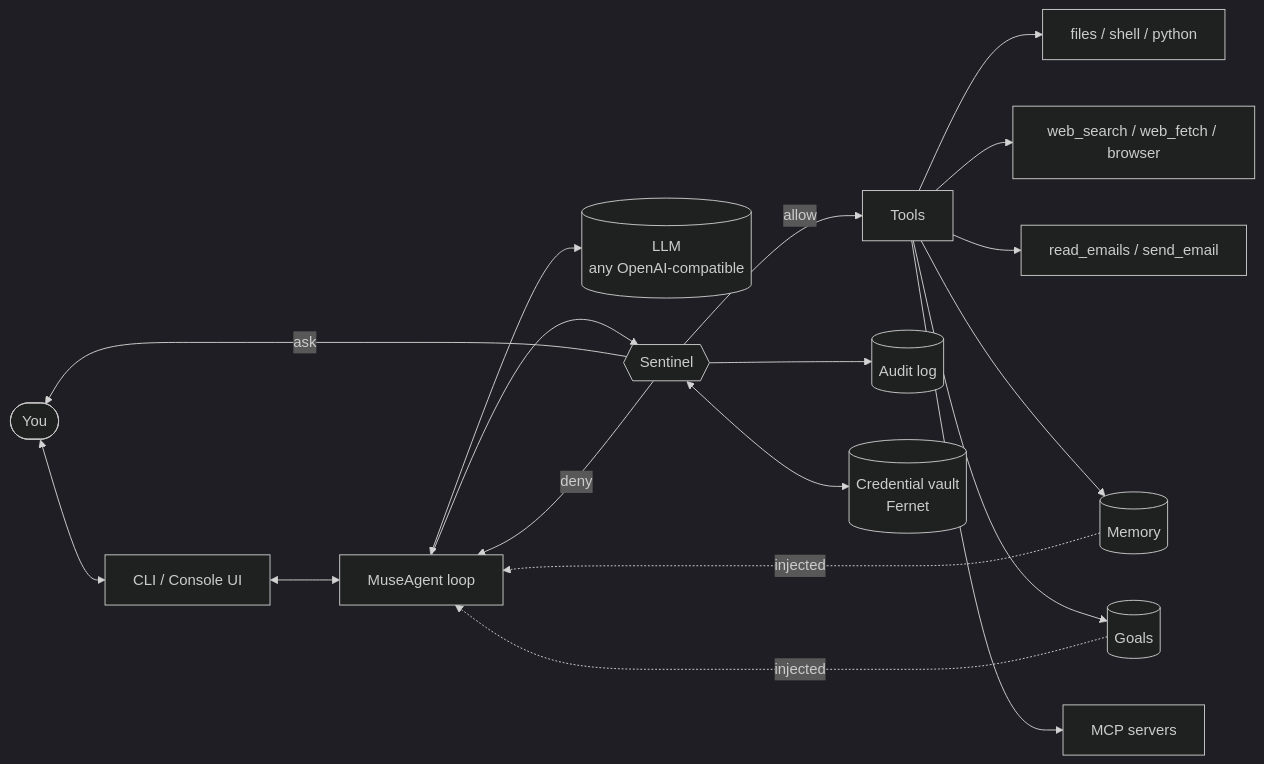
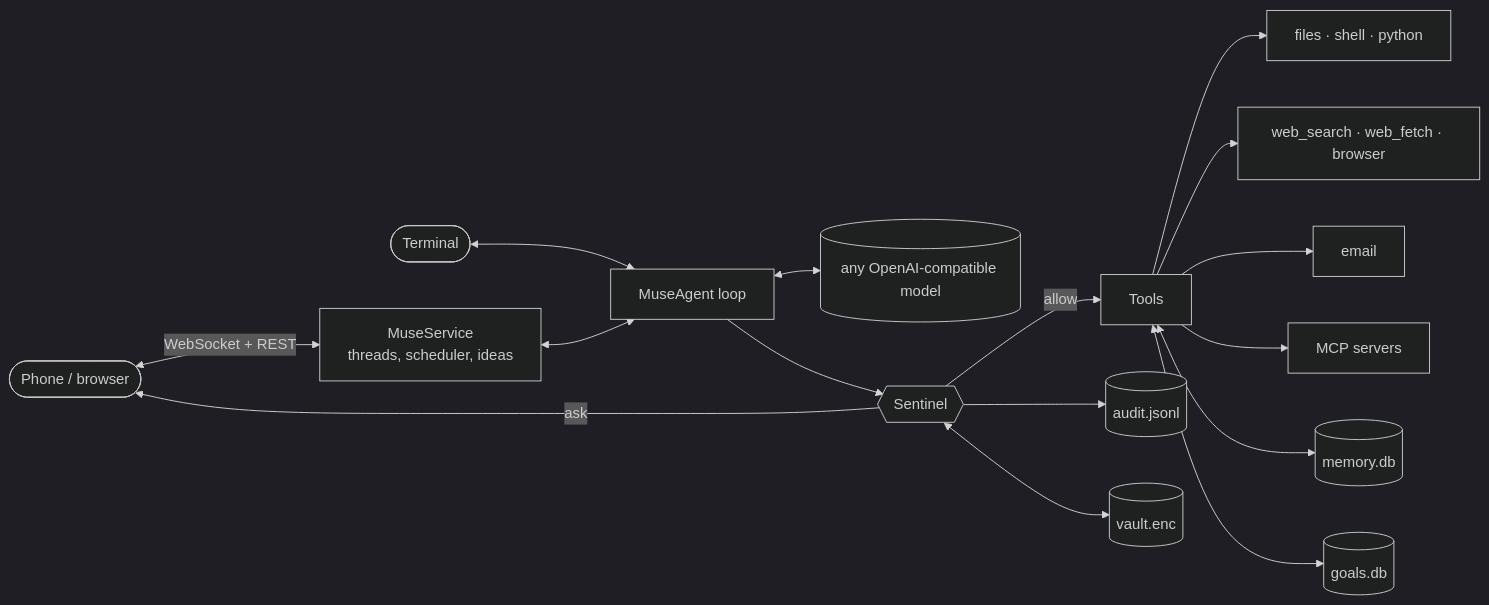
Before and after one commit to ArthurLemaire/CypherOS: the diagram in README.md, drawn with Mermaid (dark theme). The commit also changed other lines of this file and 24 other files, not shown here.

First line of the commit message:
docs: rewrite READMEs around the phone app with screenshots; add docs/ (configuration, sentinel, app & API, cli, architecture, deployment, troubleshooting)

````diff
--- a/README.md
+++ b/README.md
@@ -39,20 +161,18 @@
 ```mermaid
 flowchart LR
-    U([You]) <--> CLI[CLI / Console UI]
-    CLI <--> A[MuseAgent loop]
-    A <--> LLM[(LLM<br/>any OpenAI-compatible)]
-    A --> S{{Sentinel}}
-    S -- allow --> T[Tools]
-    S -- ask --> U
-    S -- deny --> A
-    S --> AU[(Audit log)]
-    S <--> V[(Credential vault<br/>Fernet)]
-    T --> F[files / shell / python]
-    T --> W[web_search / web_fetch / browser]
-    T --> E[read_emails / send_email]
-    T --> M[(Memory)]
-    T --> G[(Goals)]
+    P([Phone / browser]) <-- WebSocket + REST --> S[MuseService<br/>threads, scheduler, ideas]
+    C([Terminal]) <--> A
+    S <--> A[MuseAgent loop]
+    A <--> LLM[(any OpenAI-compatible model)]
+    A --> G{{Sentinel}}
+    G -- allow --> T[Tools]
+    G -- ask --> P
+    G --> AU[(audit.jsonl)]
+    G <--> V[(vault.enc)]
+    T --> F[files · shell · python]
+    T --> W[web_search · web_fetch · browser]
+    T --> E[email]
     T --> MCP[MCP servers]
-    M -. injected .-> A
-    G -. injected .-> A
+    T <--> M[(memory.db)]
+    T <--> GO[(goals.db)]
 ```
````
